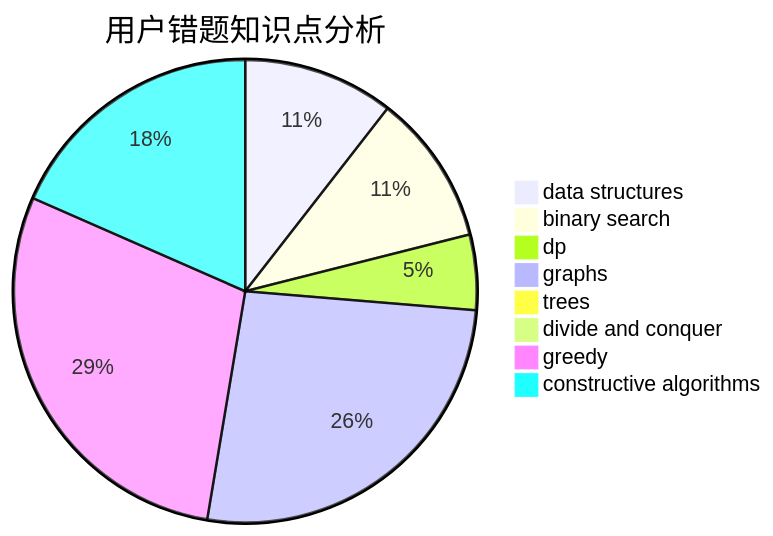
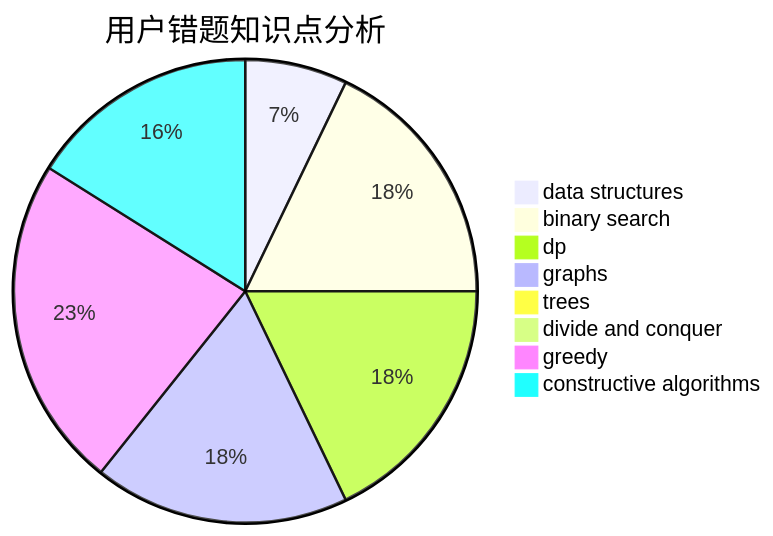
One commit to sherpahu/cfrs.github.io changed the third of 3 diagrams in docs/user/u1085.md. Above: the diagram before and after it, drawn with Mermaid. The commit also changed other lines of this file and 2770 other files, not shown here.

````diff
--- a/docs/user/u1085.md
+++ b/docs/user/u1085.md
@@ -36,11 +36,11 @@
 ```mermaid
 pie title 用户错题知识点分析
     "data structures" :  4
-    "binary search" :  4
-    "dp" :  2
+    "binary search" :  10
+    "dp" :  10
     "graphs" :  10
     "trees" :  0
     "divide and conquer" :  0
-    "greedy" :  11
-    "constructive algorithms" :  7
+    "greedy" :  13
+    "constructive algorithms" :  9
 ```
````
